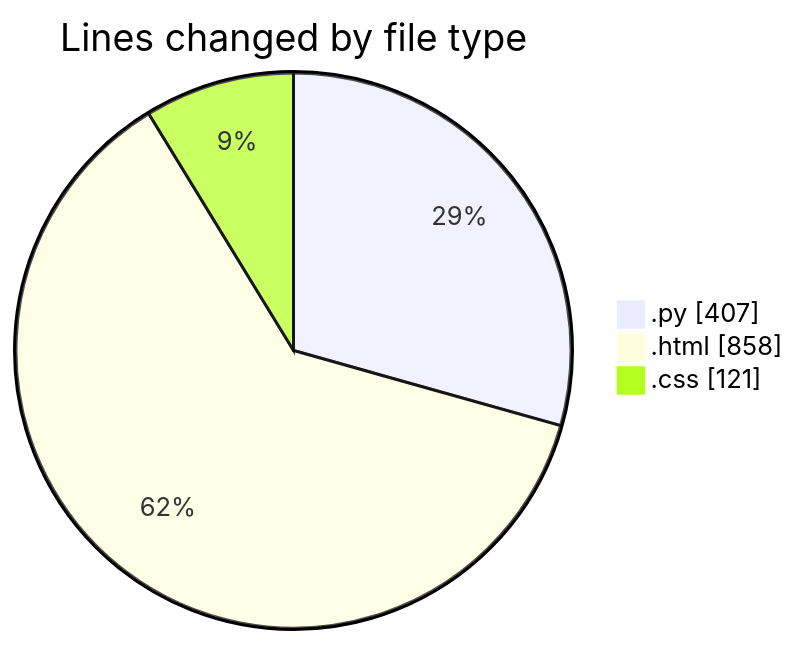
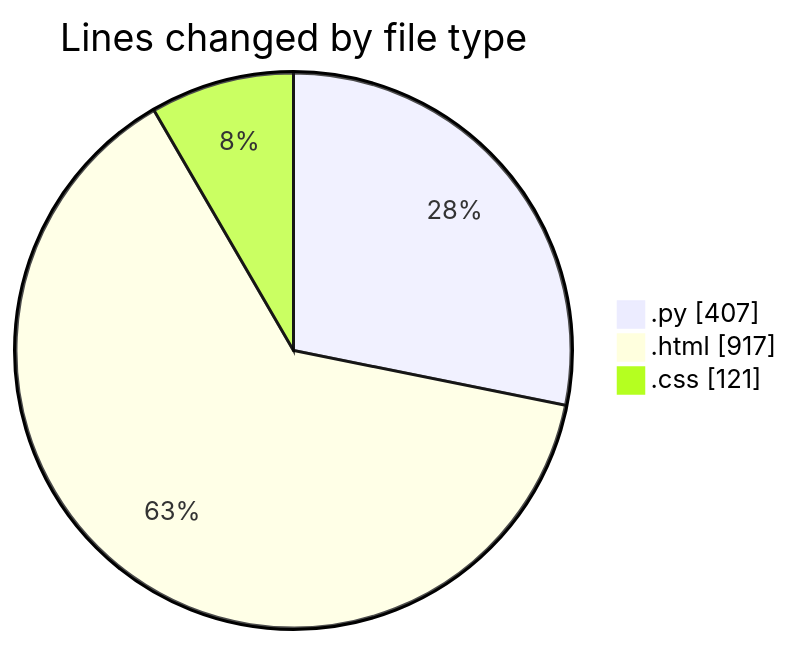
One commit to Elitesun/code-tracking changed the first of 2 diagrams in 2025-01-31/flask/README.md. Above: the diagram before and after it, drawn with Mermaid. The commit also changed other lines of this file and 1 other file, not shown here.

````diff
--- a/2025-01-31/flask/README.md
+++ b/2025-01-31/flask/README.md
@@ -25,7 +25,7 @@
 ```mermaid
 pie showData
 title Lines changed by file type
 ".py" : 407
-".html" : 858
+".html" : 917
 ".css" : 121
 ```
````
